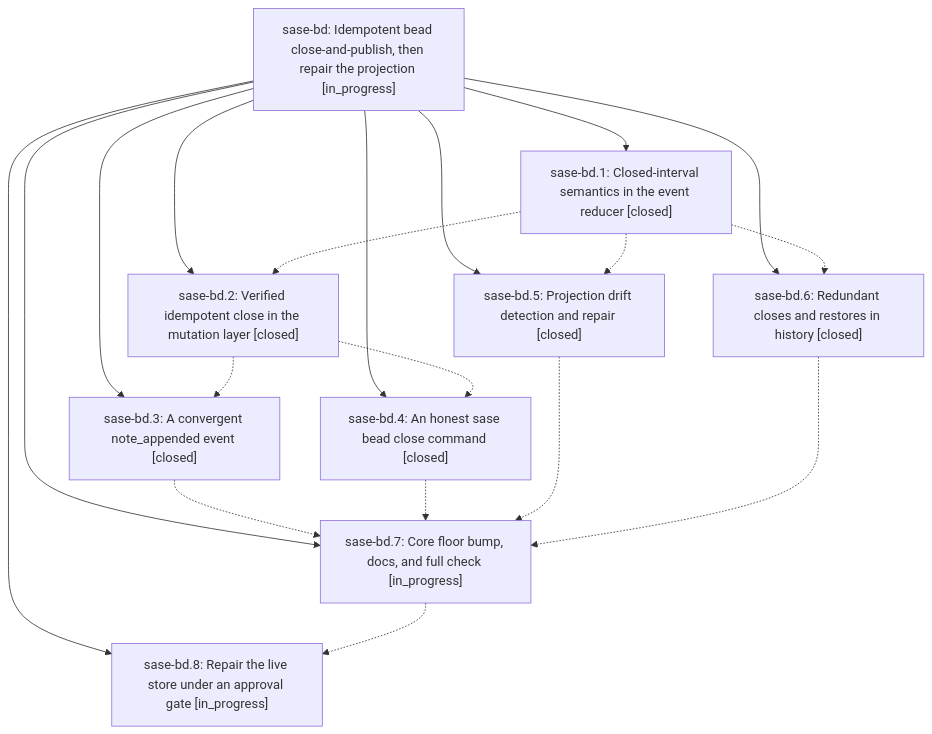
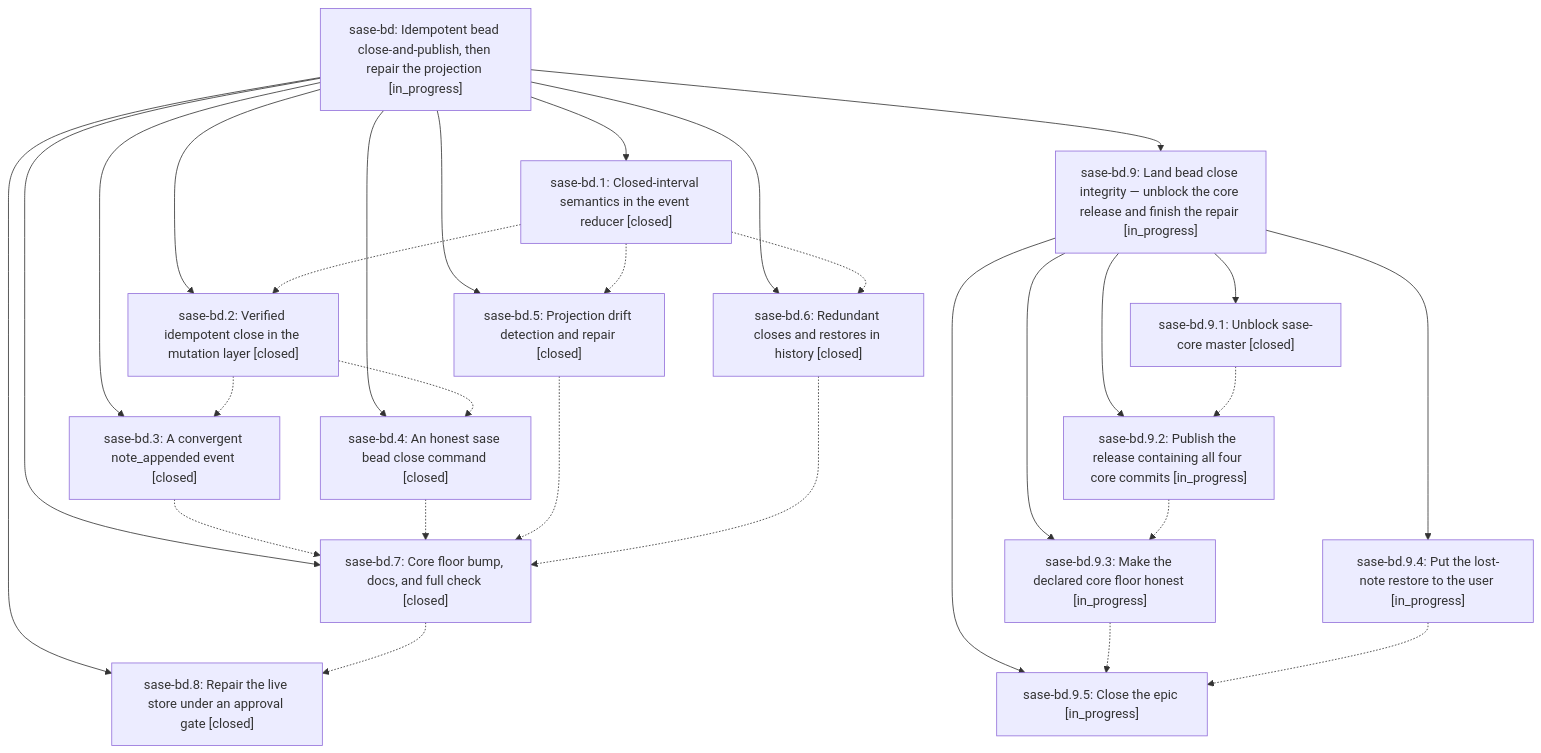
The diagram in pages/sase-bd/README.md (sase-org/sase--beads), drawn with Mermaid before and after one commit. The commit also changed other lines of this file and 12 other files, not shown here.

First line of the commit message:
chore(beads): sync bead state and pages for sase-bd

````diff
--- a/pages/sase-bd/README.md
+++ b/pages/sase-bd/README.md
@@ -29,30 +29,46 @@
 ```mermaid
 flowchart TD
     n0["sase-bd: Idempotent bead close-and-publish, then repair the projection [in_progress]"]
     n1["sase-bd.1: Closed-interval semantics in the event reducer [closed]"]
     n2["sase-bd.2: Verified idempotent close in the mutation layer [closed]"]
     n3["sase-bd.3: A convergent note_appended event [closed]"]
     n4["sase-bd.4: An honest sase bead close command [closed]"]
     n5["sase-bd.5: Projection drift detection and repair [closed]"]
     n6["sase-bd.6: Redundant closes and restores in history [closed]"]
-    n7["sase-bd.7: Core floor bump, docs, and full check [in_progress]"]
-    n8["sase-bd.8: Repair the live store under an approval gate [in_progress]"]
+    n7["sase-bd.7: Core floor bump, docs, and full check [closed]"]
+    n8["sase-bd.8: Repair the live store under an approval gate [closed]"]
+    n9["sase-bd.9: Land bead close integrity — unblock the core release and finish the repair [in_progress]"]
+    n10["sase-bd.9.1: Unblock sase-core master [closed]"]
+    n11["sase-bd.9.2: Publish the release containing all four core commits [in_progress]"]
+    n12["sase-bd.9.3: Make the declared core floor honest [in_progress]"]
+    n13["sase-bd.9.4: Put the lost-note restore to the user [in_progress]"]
+    n14["sase-bd.9.5: Close the epic [in_progress]"]
     n0 --> n1
     n0 --> n2
     n0 --> n3
     n0 --> n4
     n0 --> n5
     n0 --> n6
     n0 --> n7
     n0 --> n8
+    n0 --> n9
+    n9 --> n10
+    n9 --> n11
+    n9 --> n12
+    n9 --> n13
+    n9 --> n14
     n1 -.-> n2
     n1 -.-> n5
     n1 -.-> n6
     n2 -.-> n3
     n2 -.-> n4
     n3 -.-> n7
     n4 -.-> n7
     n5 -.-> n7
     n6 -.-> n7
     n7 -.-> n8
+    n10 -.-> n11
+    n11 -.-> n12
+    n12 -.-> n14
+    n13 -.-> n14
 ```
````
